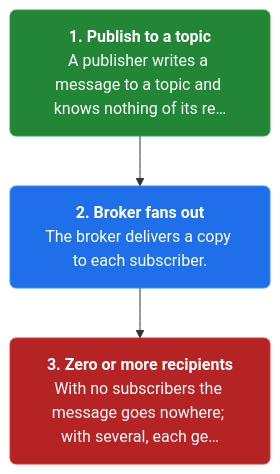
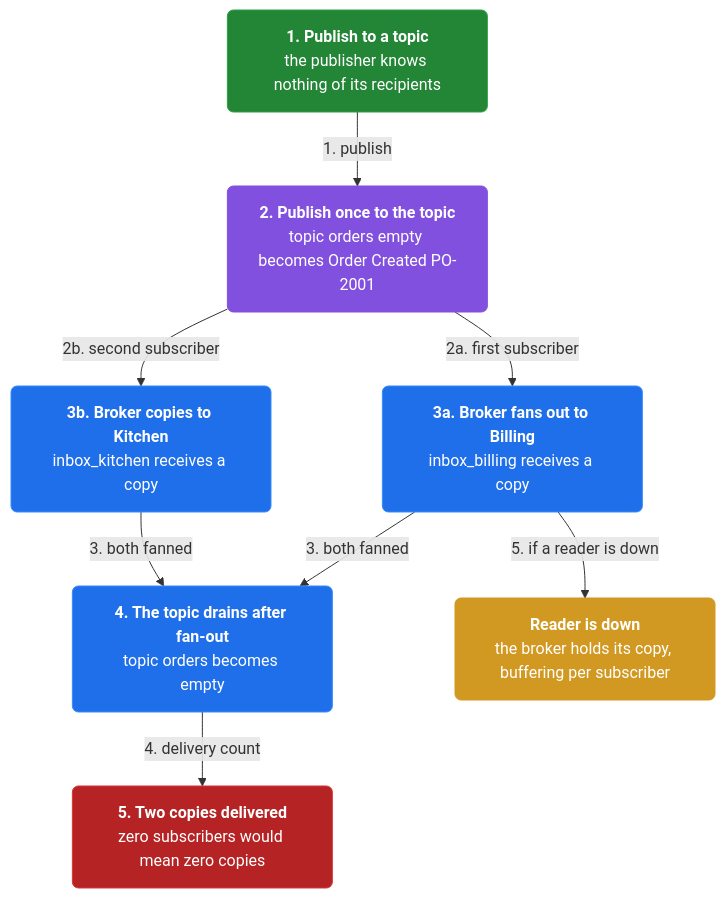
The third of 4 diagrams in docs/ch05-messaging.md (vinayakuber/microservices-io-study-guide), drawn with Mermaid before and after one commit. The commit also changed other lines of this file and 46 other files, not shown here.

First line of the commit message:
Author rich branching flow diagrams for all 44 chapters

````diff
--- a/docs/ch05-messaging.md
+++ b/docs/ch05-messaging.md
@@ -96,11 +119,22 @@
 ```mermaid
 flowchart TD
-  classDef step fill:#1f6feb,color:#ffffff,stroke:#388bfd,stroke-width:1px,rx:6
+  classDef step fill:#1f6feb,color:#ffffff,stroke:#388bfd,rx:6
+  classDef core fill:#8250df,color:#ffffff,stroke:#8250df,rx:6
+  classDef warn fill:#d29922,color:#ffffff,stroke:#d29922,rx:6
   classDef start fill:#238636,color:#ffffff,stroke:#2ea043,rx:6
   classDef stop fill:#b62324,color:#ffffff,stroke:#da3633,rx:6
-  s2n0["<b>1. Publish to a topic</b><br/>A publisher writes a message to a topic and knows nothing of its re…"]:::start
-  s2n1["<b>2. Broker fans out</b><br/>The broker delivers a copy to each subscriber."]:::step
-  s2n2["<b>3. Zero or more recipients</b><br/>With no subscribers the message goes nowhere; with several, each ge…"]:::stop
-  s2n0 --> s2n1
-  s2n1 --> s2n2
+  n0["<b>1. Publish to a topic</b><br/>the publisher knows nothing of its recipients"]:::start
+  n1["<b>2. Publish once to the topic</b><br/>topic orders empty becomes Order Created PO-2001"]:::core
+  n2["<b>3a. Broker fans out to Billing</b><br/>inbox_billing receives a copy"]:::step
+  n3["<b>3b. Broker copies to Kitchen</b><br/>inbox_kitchen receives a copy"]:::step
+  n4["<b>4. The topic drains after fan-out</b><br/>topic orders becomes empty"]:::step
+  n5["<b>5. Two copies delivered</b><br/>zero subscribers would mean zero copies"]:::stop
+  n6["<b>Reader is down</b><br/>the broker holds its copy, buffering per subscriber"]:::warn
+  n0 -->|"1. publish"| n1
+  n1 -->|"2a. first subscriber"| n2
+  n1 -->|"2b. second subscriber"| n3
+  n2 -->|"3. both fanned"| n4
+  n3 -->|"3. both fanned"| n4
+  n4 -->|"4. delivery count"| n5
+  n2 -->|"5. if a reader is down"| n6
 ```
````
